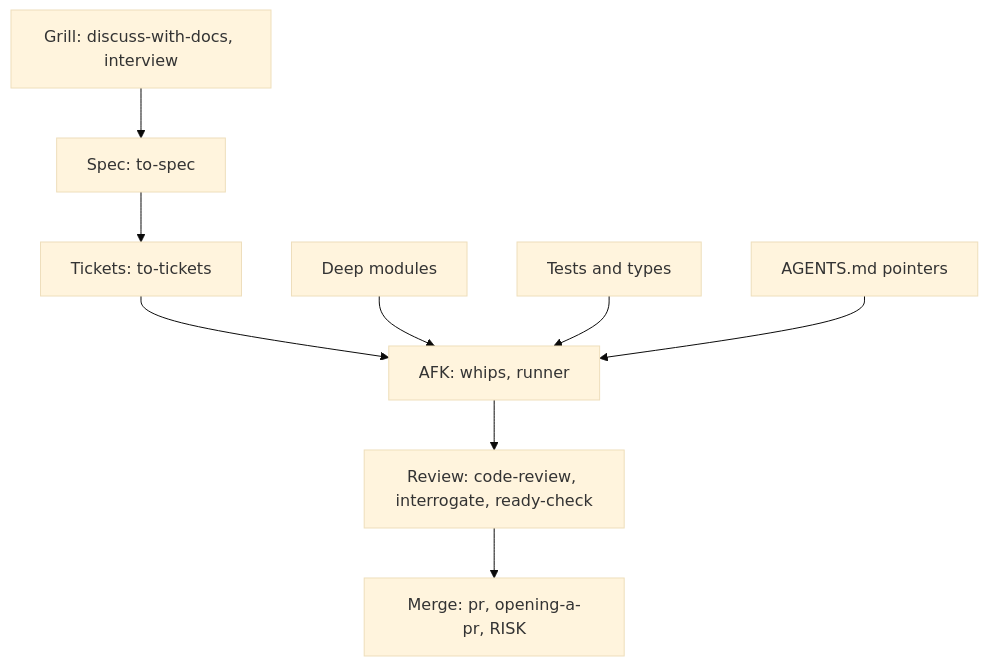
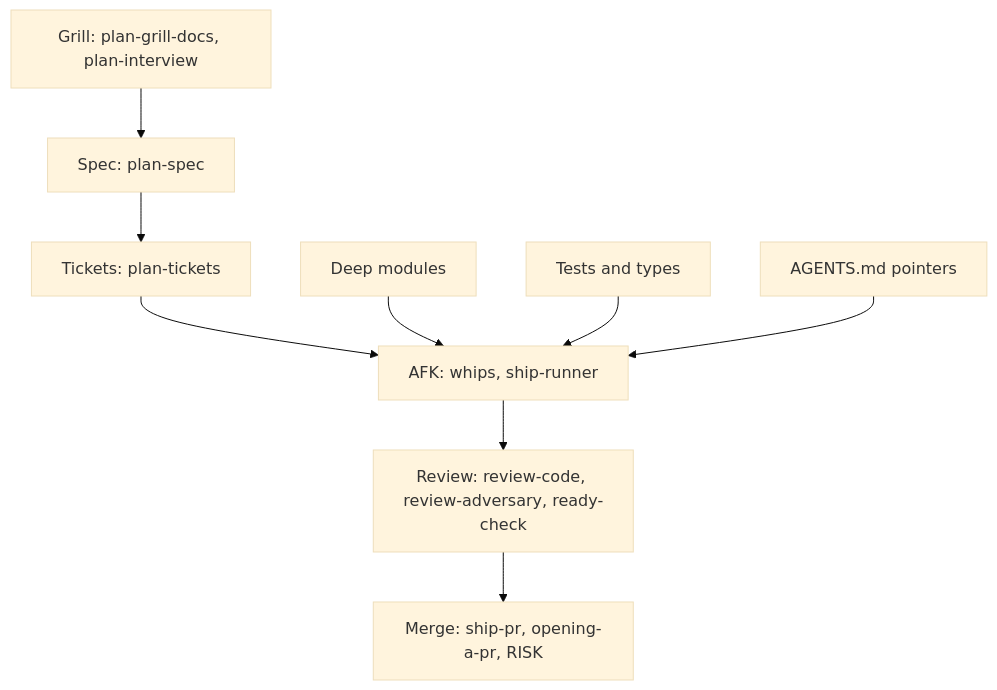
Before and after one commit to TudeOrangBiasa/skills-for-agents: the second of 4 diagrams in skills/user-invoked/guide/FACTORY.md, drawn with Mermaid (base theme). The commit also changed other lines of this file and 441 other files, not shown here.

````diff
--- a/skills/user-invoked/guide/FACTORY.md
+++ b/skills/user-invoked/guide/FACTORY.md
@@ -51,7 +51,7 @@
 ```mermaid
 flowchart TD
-    Grill["Grill: discuss-with-docs, interview"] --> Spec["Spec: to-spec"] --> Tickets["Tickets: to-tickets"] --> AFK["AFK: whips, runner"] --> Review["Review: code-review, interrogate, ready-check"] --> Merge["Merge: pr, opening-a-pr, RISK"]
+    Grill["Grill: plan-grill-docs, plan-interview"] --> Spec["Spec: plan-spec"] --> Tickets["Tickets: plan-tickets"] --> AFK["AFK: whips, ship-runner"] --> Review["Review: review-code, review-adversary, ready-check"] --> Merge["Merge: ship-pr, opening-a-pr, RISK"]
     Deep["Deep modules"] --> AFK
     Tests["Tests and types"] --> AFK
     Idx["AGENTS.md pointers"] --> AFK
 ```
````
